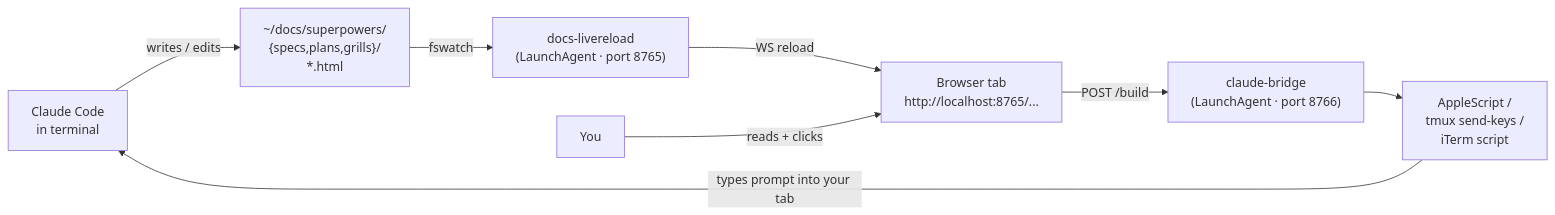
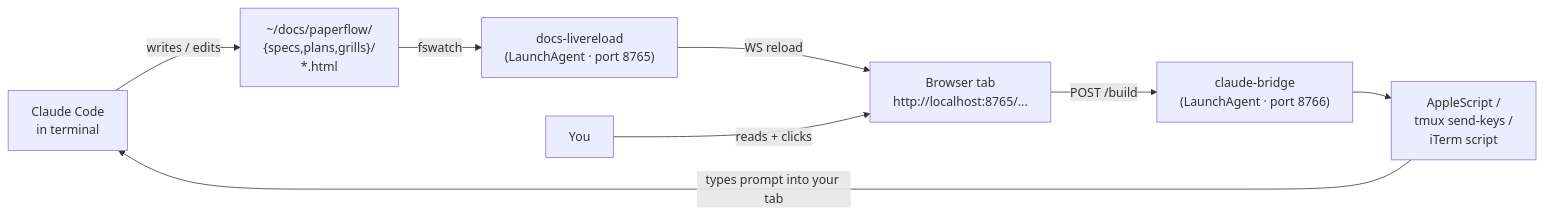
One commit to FRIKKern/paperflow changed the first of 4 diagrams in README.md. Above: the diagram before and after it, drawn with Mermaid. The commit also changed other lines of this file and 24 other files, not shown here.

First line of the commit message:
Phase 0: rename superpowers → paperflow (paths + URLs only)

````diff
--- a/README.md
+++ b/README.md
@@ -19,18 +19,18 @@
 ```mermaid
 flowchart LR
     Claude["Claude Code<br/>in terminal"]
-    Spec["~/docs/superpowers/<br/>{specs,plans,grills}/<br/>*.html"]
+    Spec["~/docs/paperflow/<br/>{specs,plans,grills}/<br/>*.html"]
     LR["docs-livereload<br/>(LaunchAgent · port 8765)"]
     Browser["Browser tab<br/>http://localhost:8765/..."]
     User["You"]
     Bridge["claude-bridge<br/>(LaunchAgent · port 8766)"]
     AS["AppleScript /<br/>tmux send-keys /<br/>iTerm script"]
 
     Claude -->|writes / edits| Spec
     Spec -->|fswatch| LR
     LR -->|"WS reload"| Browser
     User -->|reads + clicks| Browser
     Browser -->|"POST /build"| Bridge
     Bridge --> AS
     AS -->|"types prompt into your tab"| Claude
 ```
````
